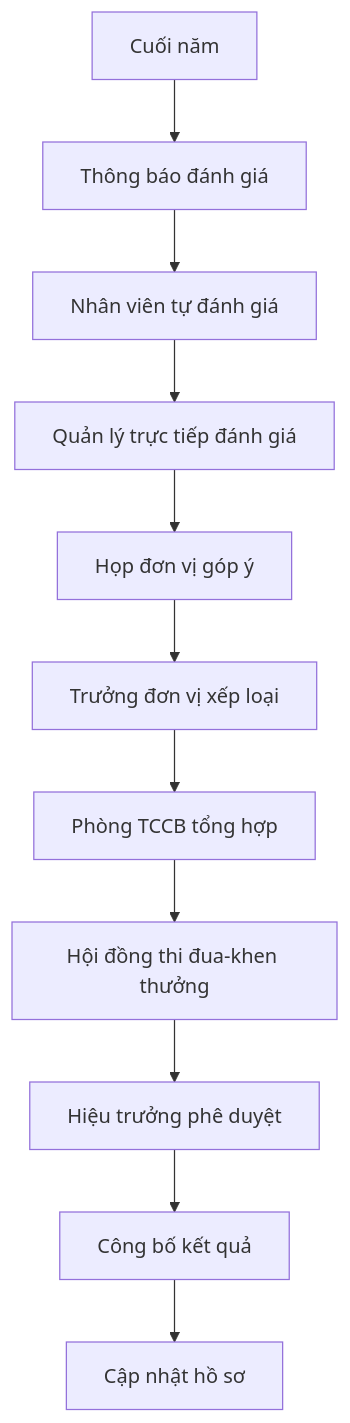
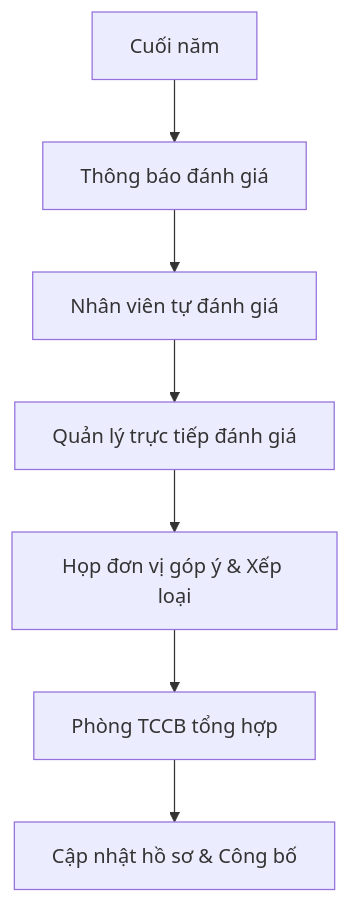
Before and after one commit to LoudlyDawn2108/tlu-hr: the second of 2 diagrams in user_requirements_hrms.md, drawn with Mermaid. The commit also changed other lines of this file and 13 other files, not shown here.

````diff
--- a/user_requirements_hrms.md
+++ b/user_requirements_hrms.md
@@ -1522,13 +1033,9 @@
 ```mermaid
 flowchart TD
     A[Cuối năm] --> B[Thông báo đánh giá]
     B --> C[Nhân viên tự đánh giá]
     C --> D[Quản lý trực tiếp đánh giá]
-    D --> E[Họp đơn vị góp ý]
-    E --> F[Trưởng đơn vị xếp loại]
-    F --> G[Phòng TCCB tổng hợp]
-    G --> H[Hội đồng thi đua-khen thưởng]
-    H --> I[Hiệu trưởng phê duyệt]
-    I --> J[Công bố kết quả]
-    J --> K[Cập nhật hồ sơ]
+    D --> E[Họp đơn vị góp ý & Xếp loại]
+    E --> G[Phòng TCCB tổng hợp]
+    G --> K[Cập nhật hồ sơ & Công bố]
 ```
````
